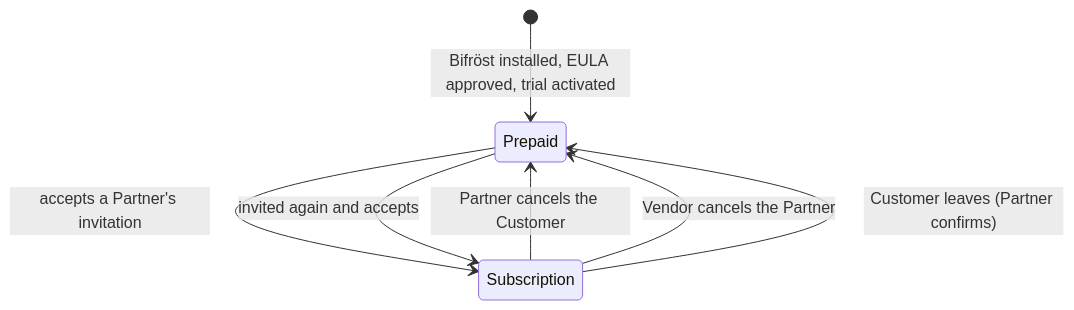
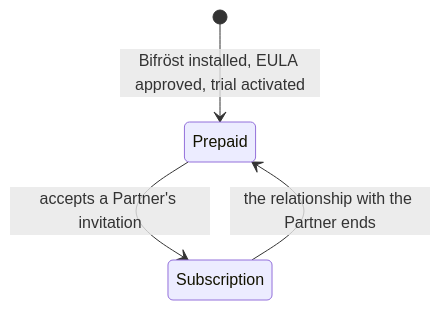
Before and after one commit to businesscentralal/bifrost: the diagram in docs/licensing/index.md, drawn with Mermaid. The commit also changed other lines of this file and 40 other files, not shown here.

First line of the commit message:
Licensing keeps the license rules; the partner program leaves the site (#69)

````diff
--- a/docs/licensing/index.md
+++ b/docs/licensing/index.md
@@ -58,9 +38,6 @@
 ```mermaid
 stateDiagram-v2
     [*] --> Prepaid: Bifröst installed, EULA approved, trial activated
     Prepaid --> Subscription: accepts a Partner's invitation
-    Subscription --> Prepaid: Partner cancels the Customer
-    Subscription --> Prepaid: Vendor cancels the Partner
-    Subscription --> Prepaid: Customer leaves (Partner confirms)
-    Prepaid --> Subscription: invited again and accepts
+    Subscription --> Prepaid: the relationship with the Partner ends
 ```
````
